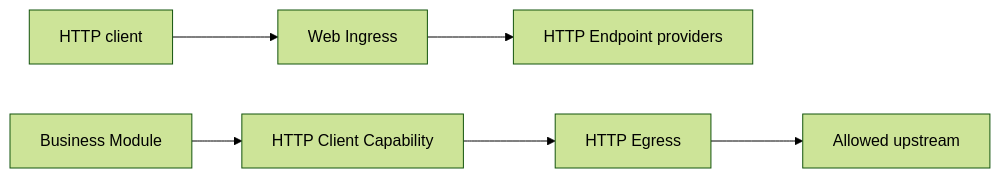
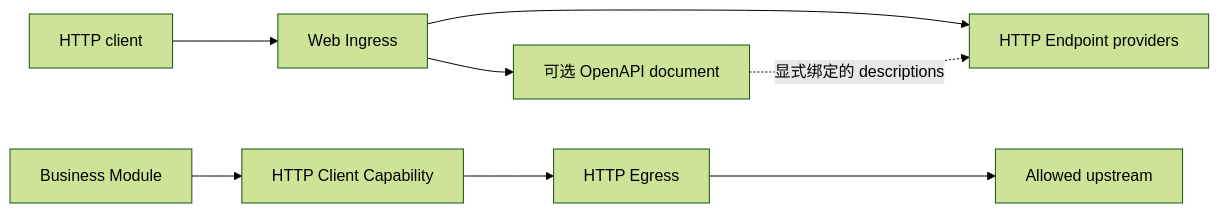
The diagram in content/docs/zh/(guides)/web-capabilities.mdx (LioRael/lenso-site), drawn with Mermaid (forest theme) before and after one commit. The commit also changed other lines of this file and 8 other files, not shown here.

Commit message:
docs: document optional OpenAPI module

````diff
--- a/content/docs/zh/(guides)/web-capabilities.mdx
+++ b/content/docs/zh/(guides)/web-capabilities.mdx
@@ -10,8 +10,10 @@
 ```mermaid
 flowchart LR
   H[HTTP client] --> I[Web Ingress]
   I --> E[HTTP Endpoint providers]
+  I --> O[可选 OpenAPI document]
+  O -. 显式绑定的 descriptions .-> E
   M[Business Module] --> C[HTTP Client Capability]
   C --> X[HTTP Egress]
   X --> U[Allowed upstream]
 ```
````
